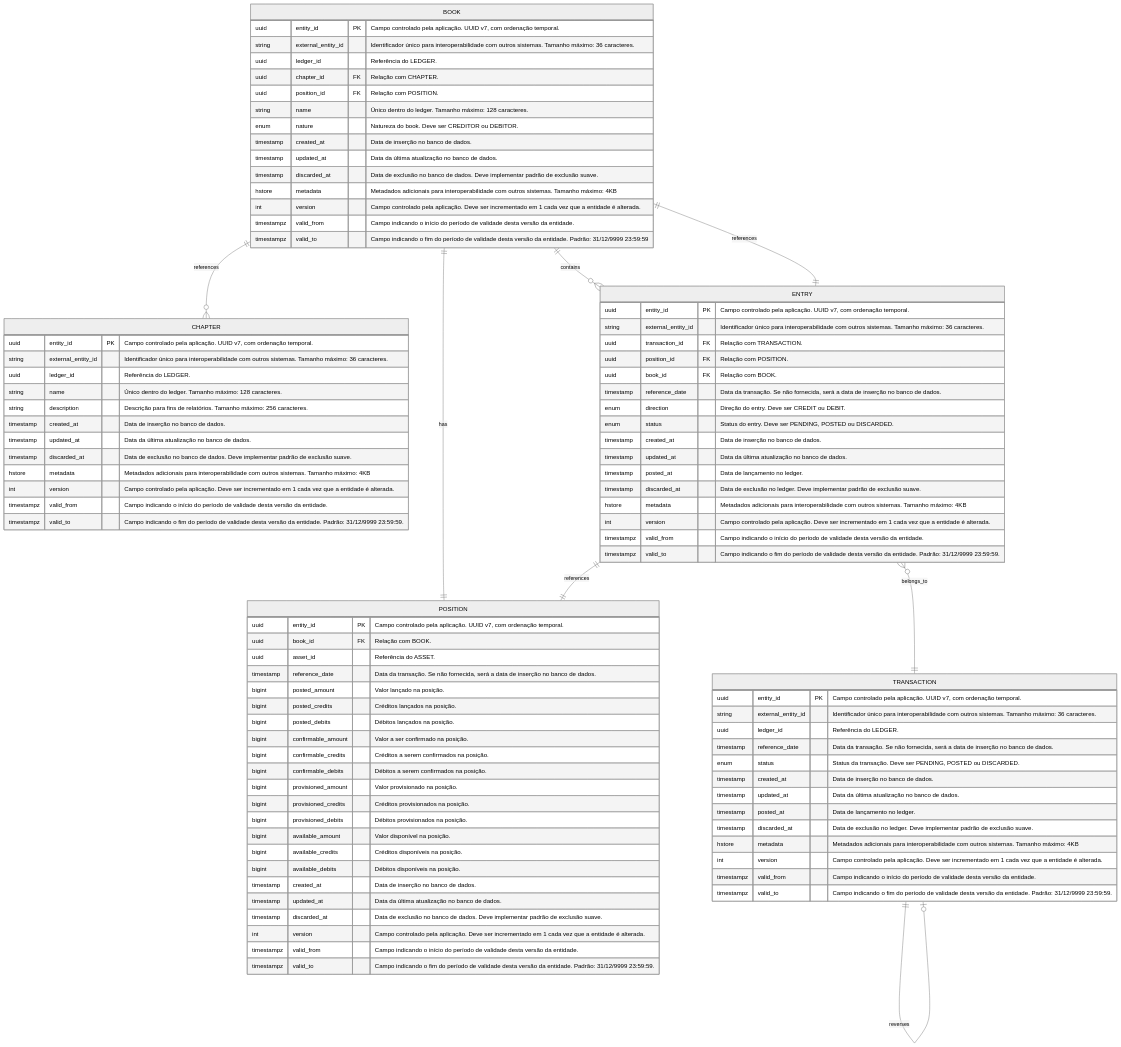
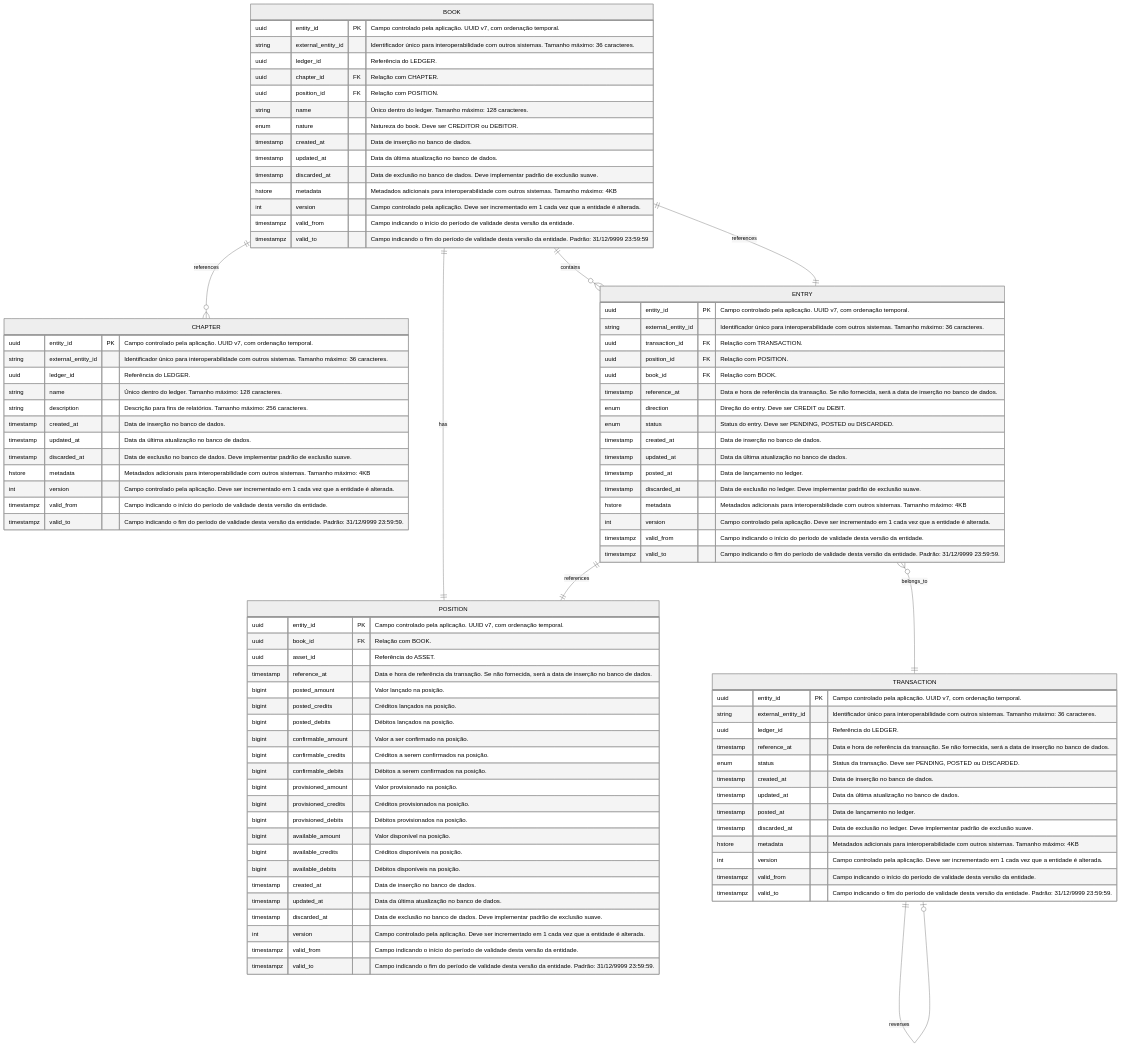
The second of 3 diagrams in docs/modules/lke/models/entity-relationship-diagram.md (guardiafinance/.github), drawn with Mermaid before and after one commit. The commit also changed other lines of this file and 28 other files, not shown here.

```diff
--- a/docs/modules/lke/models/entity-relationship-diagram.md
+++ b/docs/modules/lke/models/entity-relationship-diagram.md
@@ -162,7 +162,7 @@
         uuid entity_id PK "Campo controlado pela aplicação. UUID v7, com ordenação temporal."
         uuid book_id FK "Relação com BOOK."
         uuid asset_id "Referência do ASSET."
-        timestamp reference_date "Data da transação. Se não fornecida, será a data de inserção no banco de dados."
+        timestamp reference_at "Data e hora de referência da transação. Se não fornecida, será a data de inserção no banco de dados."
         bigint posted_amount "Valor lançado na posição."
         bigint posted_credits "Créditos lançados na posição."
         bigint posted_debits "Débitos lançados na posição."
@@ -192,7 +192,7 @@
         uuid transaction_id FK "Relação com TRANSACTION."
         uuid position_id FK "Relação com POSITION."
         uuid book_id FK "Relação com BOOK."
-        timestamp reference_date "Data da transação. Se não fornecida, será a data de inserção no banco de dados."
+        timestamp reference_at "Data e hora de referência da transação. Se não fornecida, será a data de inserção no banco de dados."
         enum direction "Direção do entry. Deve ser CREDIT ou DEBIT."
         enum status "Status do entry. Deve ser PENDING, POSTED ou DISCARDED."
         timestamp created_at "Data de inserção no banco de dados."
@@ -210,7 +210,7 @@
         uuid entity_id PK "Campo controlado pela aplicação. UUID v7, com ordenação temporal."
         string external_entity_id "Identificador único para interoperabilidade com outros sistemas. Tamanho máximo: 36 caracteres."
         uuid ledger_id "Referência do LEDGER."
-        timestamp reference_date "Data da transação. Se não fornecida, será a data de inserção no banco de dados."
+        timestamp reference_at "Data e hora de referência da transação. Se não fornecida, será a data de inserção no banco de dados."
         enum status "Status da transação. Deve ser PENDING, POSTED ou DISCARDED."
         timestamp created_at "Data de inserção no banco de dados."
         timestamp updated_at "Data da última atualização no banco de dados."
```
